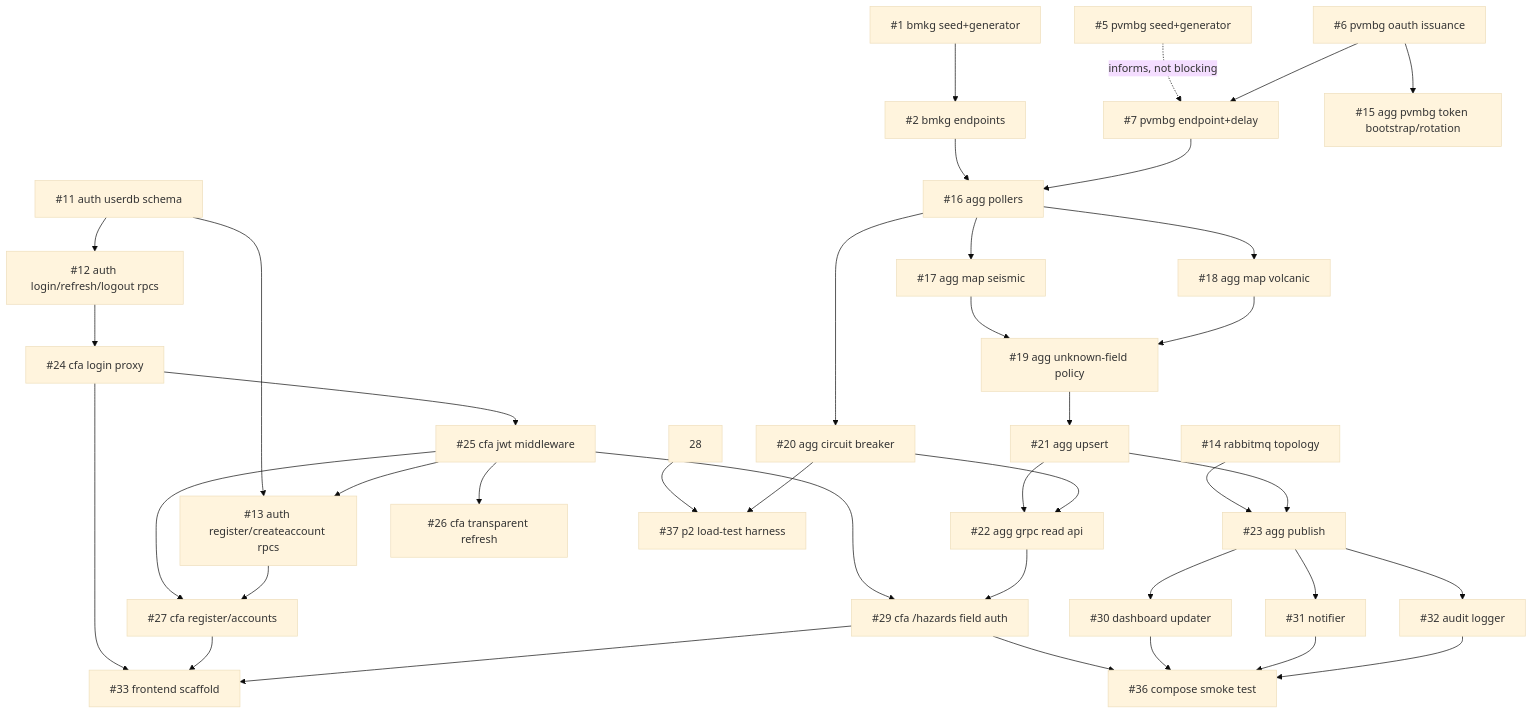
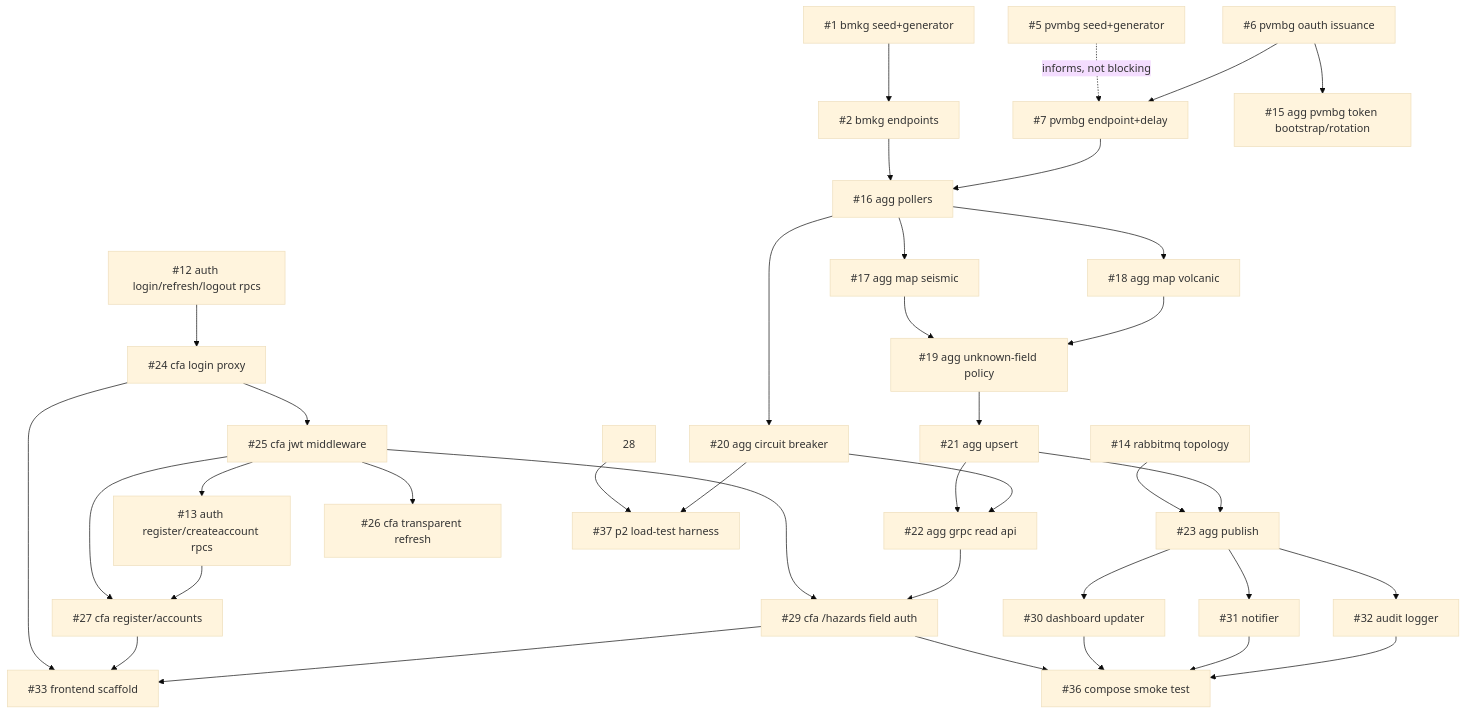
The diagram in doc/BACKLOG_DEPENDENCIES.md (brii26/distributed-hazard-coordination), drawn with Mermaid (base theme) before and after one commit. The commit also changed other lines of this file, not shown here.

Commit message:
docs(backlog): #11 merged; #12 now ready, drop #11 edges (#58)

````diff
--- a/doc/BACKLOG_DEPENDENCIES.md
+++ b/doc/BACKLOG_DEPENDENCIES.md
@@ -27,51 +27,48 @@
 ```mermaid
 graph TD
   1["#1 bmkg seed+generator"] --> 2["#2 bmkg endpoints"]
   5["#5 pvmbg seed+generator"] -.->|informs, not blocking| 7
 
   6["#6 pvmbg oauth issuance"] --> 15["#15 agg pvmbg token bootstrap/rotation"]
   6 --> 7["#7 pvmbg endpoint+delay"]
 
   2 --> 16["#16 agg pollers"]
   7 --> 16
   16 --> 17["#17 agg map seismic"]
   16 --> 18["#18 agg map volcanic"]
   16 --> 20["#20 agg circuit breaker"]
   17 --> 19["#19 agg unknown-field policy"]
   18 --> 19
 
   19 --> 21["#21 agg upsert"]
   21 --> 22["#22 agg grpc read api"]
   20 --> 22
 
   14["#14 rabbitmq topology"] --> 23["#23 agg publish"]
   21 --> 23
 
-  11["#11 auth userdb schema"] --> 12["#12 auth login/refresh/logout rpcs"]
-  11 --> 13["#13 auth register/createaccount rpcs"]
-
-  12 --> 24["#24 cfa login proxy"]
+  12["#12 auth login/refresh/logout rpcs"] --> 24["#24 cfa login proxy"]
   24 --> 25["#25 cfa jwt middleware"]
   25 --> 26["#26 cfa transparent refresh"]
-  25 --> 13
+  25 --> 13["#13 auth register/createaccount rpcs"]
   25 --> 27["#27 cfa register/accounts"]
   13 --> 27
   25 --> 29["#29 cfa /hazards field auth"]
   22 --> 29
 
   23 --> 30["#30 dashboard updater"]
   23 --> 31["#31 notifier"]
   23 --> 32["#32 audit logger"]
 
   24 --> 33["#33 frontend scaffold"]
   27 --> 33
   29 --> 33
 
   29 --> 36["#36 compose smoke test"]
   30 --> 36
   31 --> 36
   32 --> 36
 
   28 --> 37["#37 p2 load-test harness"]
   20 --> 37
 ```
````
